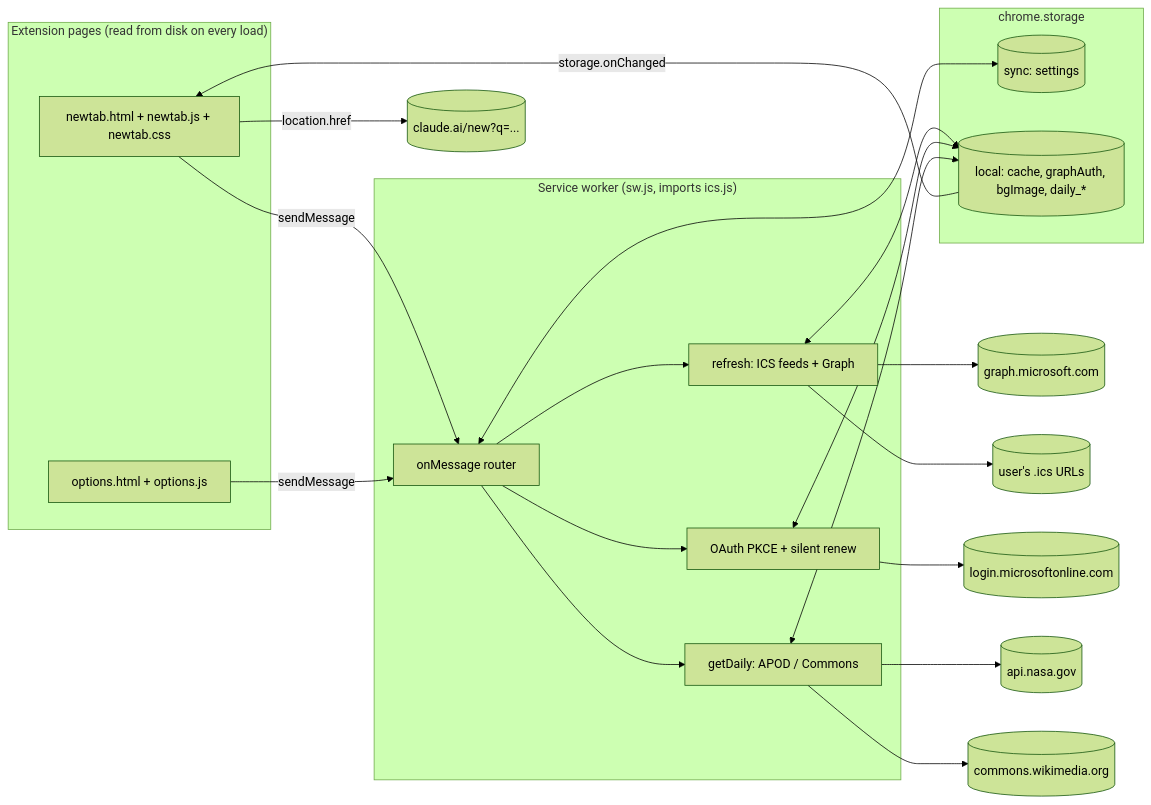
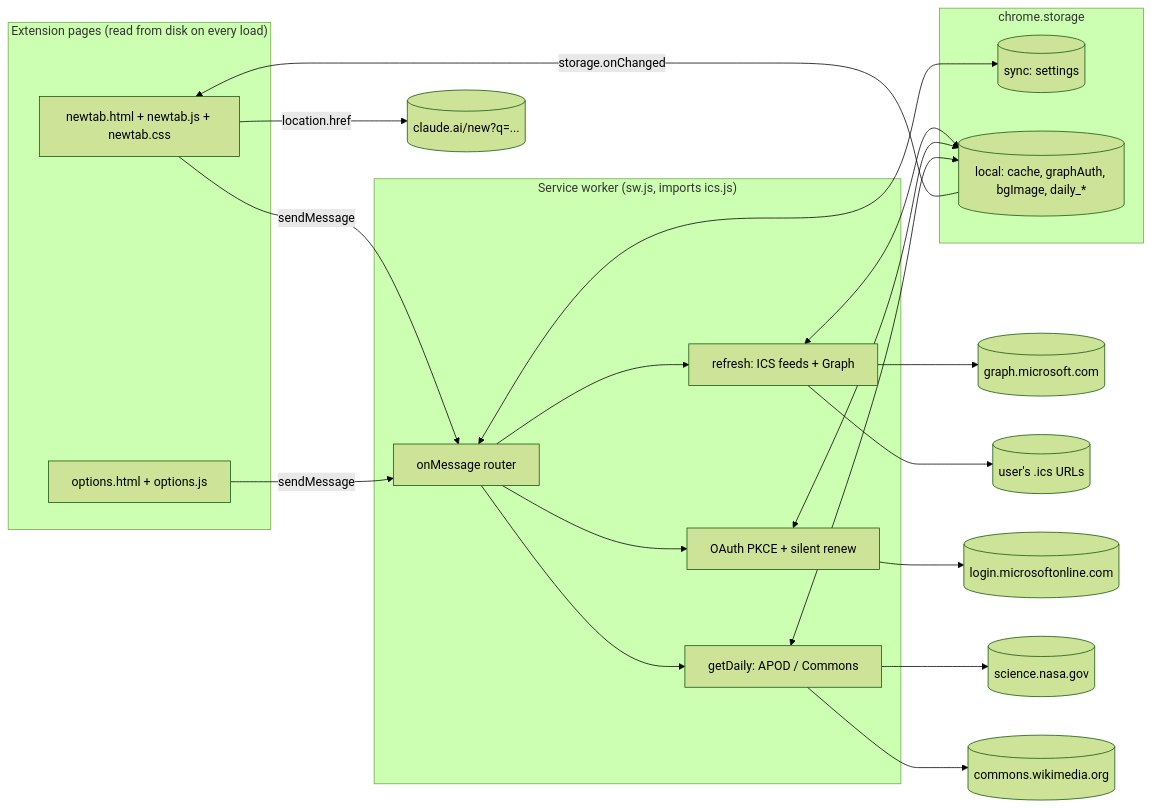
One commit to dasassygoat/claude-newtab changed the diagram in HOW_IT_WORKS.md. Above: the diagram before and after it, drawn with Mermaid (forest theme). The commit also changed other lines of this file and 5 other files, not shown here.

````diff
--- a/HOW_IT_WORKS.md
+++ b/HOW_IT_WORKS.md
@@ -30,28 +30,28 @@
 ```mermaid
 flowchart LR
   subgraph Pages["Extension pages (read from disk on every load)"]
     NT[newtab.html + newtab.js + newtab.css]
     OP[options.html + options.js]
   end
   subgraph Worker["Service worker (sw.js, imports ics.js)"]
     MSG[onMessage router]
     REF[refresh: ICS feeds + Graph]
     AUTH[OAuth PKCE + silent renew]
     DAILY[getDaily: APOD / Commons]
   end
   subgraph Storage["chrome.storage"]
     SYNC[(sync: settings)]
     LOCAL[(local: cache, graphAuth, bgImage, daily_*)]
   end
   NT -- sendMessage --> MSG
   OP -- sendMessage --> MSG
   MSG --> REF & AUTH & DAILY
   REF & AUTH & DAILY <--> LOCAL
   MSG <--> SYNC
   LOCAL -- storage.onChanged --> NT
   REF --> Graph[(graph.microsoft.com)]
   REF --> ICS[(user's .ics URLs)]
   AUTH --> Login[(login.microsoftonline.com)]
-  DAILY --> NASA[(api.nasa.gov)] & Commons[(commons.wikimedia.org)]
+  DAILY --> NASA[(science.nasa.gov)] & Commons[(commons.wikimedia.org)]
   NT -- location.href --> Claude[(claude.ai/new?q=...)]
 ```
````
